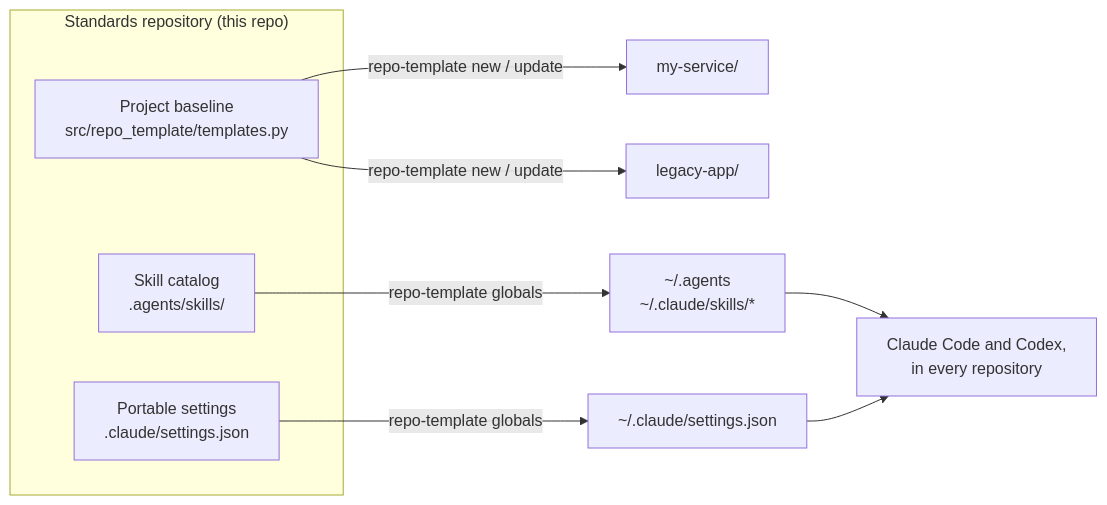
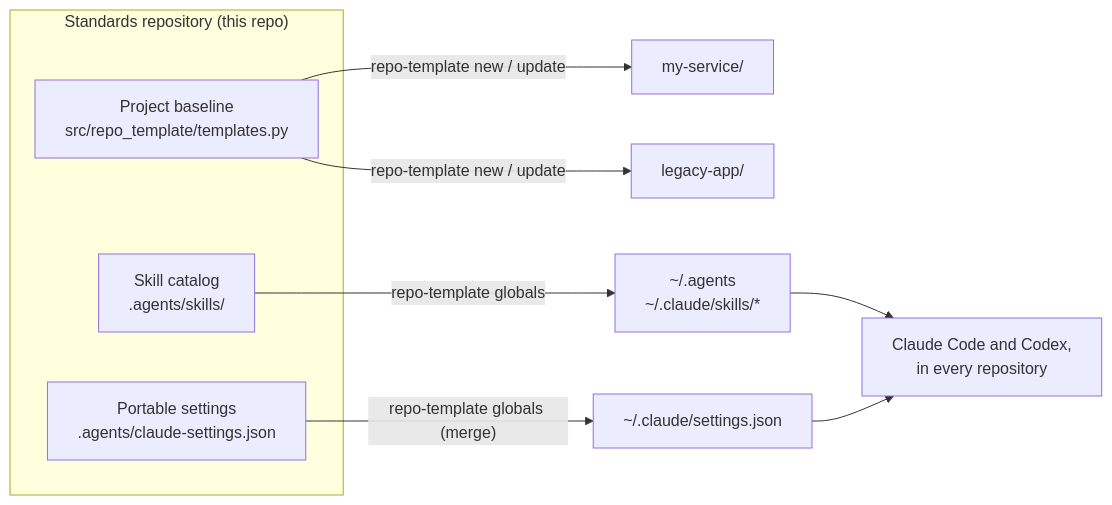
Before and after one commit to bennwitt/repo-template: the first of 3 diagrams in README.md, drawn with Mermaid. The commit also changed other lines of this file and 18 other files, not shown here.

First line of the commit message:
Merge portable Claude settings instead of linking them; release 0.4.2

````diff
--- a/README.md
+++ b/README.md
@@ -39,14 +39,14 @@
 ```mermaid
 flowchart LR
   subgraph S["Standards repository (this repo)"]
     T["Project baseline<br/>src/repo_template/templates.py"]
     K["Skill catalog<br/>.agents/skills/"]
-    C["Portable settings<br/>.claude/settings.json"]
+    C["Portable settings<br/>.agents/claude-settings.json"]
   end
   T -- "repo-template new / update" --> P1["my-service/"]
   T -- "repo-template new / update" --> P2["legacy-app/"]
   K -- "repo-template globals" --> H["~/.agents<br/>~/.claude/skills/*"]
-  C -- "repo-template globals" --> H2["~/.claude/settings.json"]
+  C -- "repo-template globals (merge)" --> H2["~/.claude/settings.json"]
   H --> A["Claude Code and Codex,<br/>in every repository"]
   H2 --> A
 ```
````
